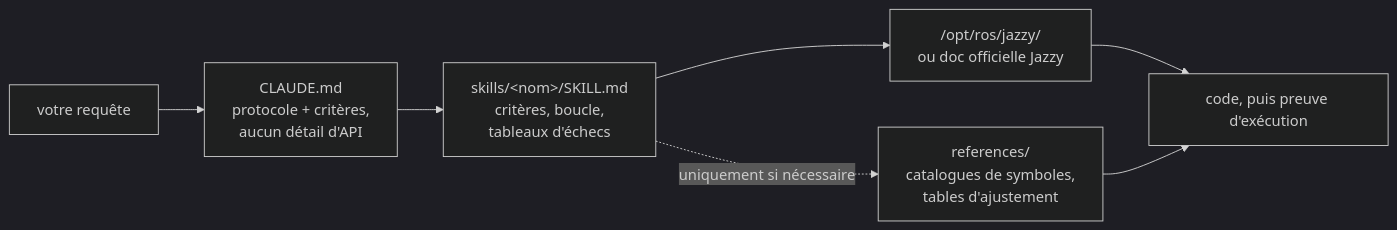
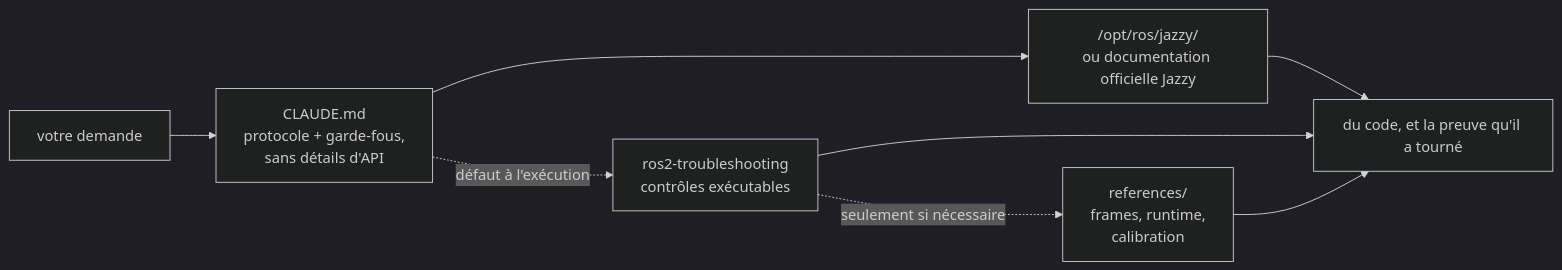
The diagram in README.fr.md (Leehyunbin0131/claude-ros2-skills), drawn with Mermaid (dark theme) before and after one commit. The commit also changed other lines of this file and 6 other files, not shown here.

````diff
--- a/README.fr.md
+++ b/README.fr.md
@@ -147,9 +164,10 @@
 ```mermaid
 flowchart LR
-    A["votre requête"] --> B["CLAUDE.md<br/>protocole + critères,<br/>aucun détail d'API"]
-    B --> C["skills/&lt;nom&gt;/SKILL.md<br/>critères, boucle,<br/>tableaux d'échecs"]
-    C --> D["/opt/ros/jazzy/<br/>ou doc officielle Jazzy"]
-    C -.uniquement si nécessaire.-> R["references/<br/>catalogues de symboles,<br/>tables d'ajustement"]
-    D --> E["code, puis preuve d'exécution"]
+    A["votre demande"] --> B["CLAUDE.md<br/>protocole + garde-fous,<br/>sans détails d'API"]
+    B --> D["/opt/ros/jazzy/<br/>ou documentation officielle Jazzy"]
+    B -.défaut à l'exécution.-> C["ros2-troubleshooting<br/>contrôles exécutables"]
+    C -.seulement si nécessaire.-> R["references/<br/>frames, runtime,<br/>calibration"]
+    D --> E["du code, et la preuve qu'il a tourné"]
+    C --> E
     R --> E
 ```
````
